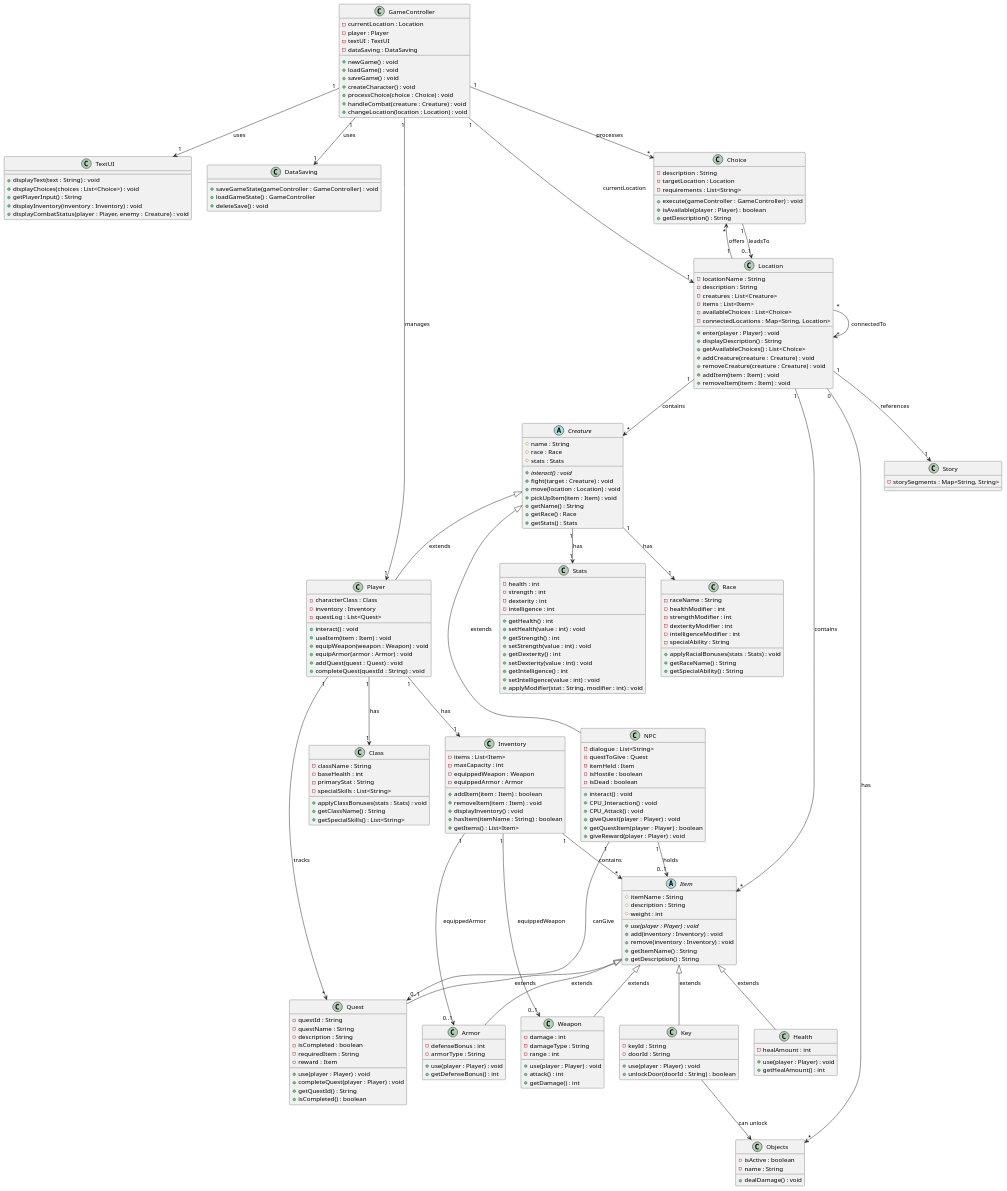
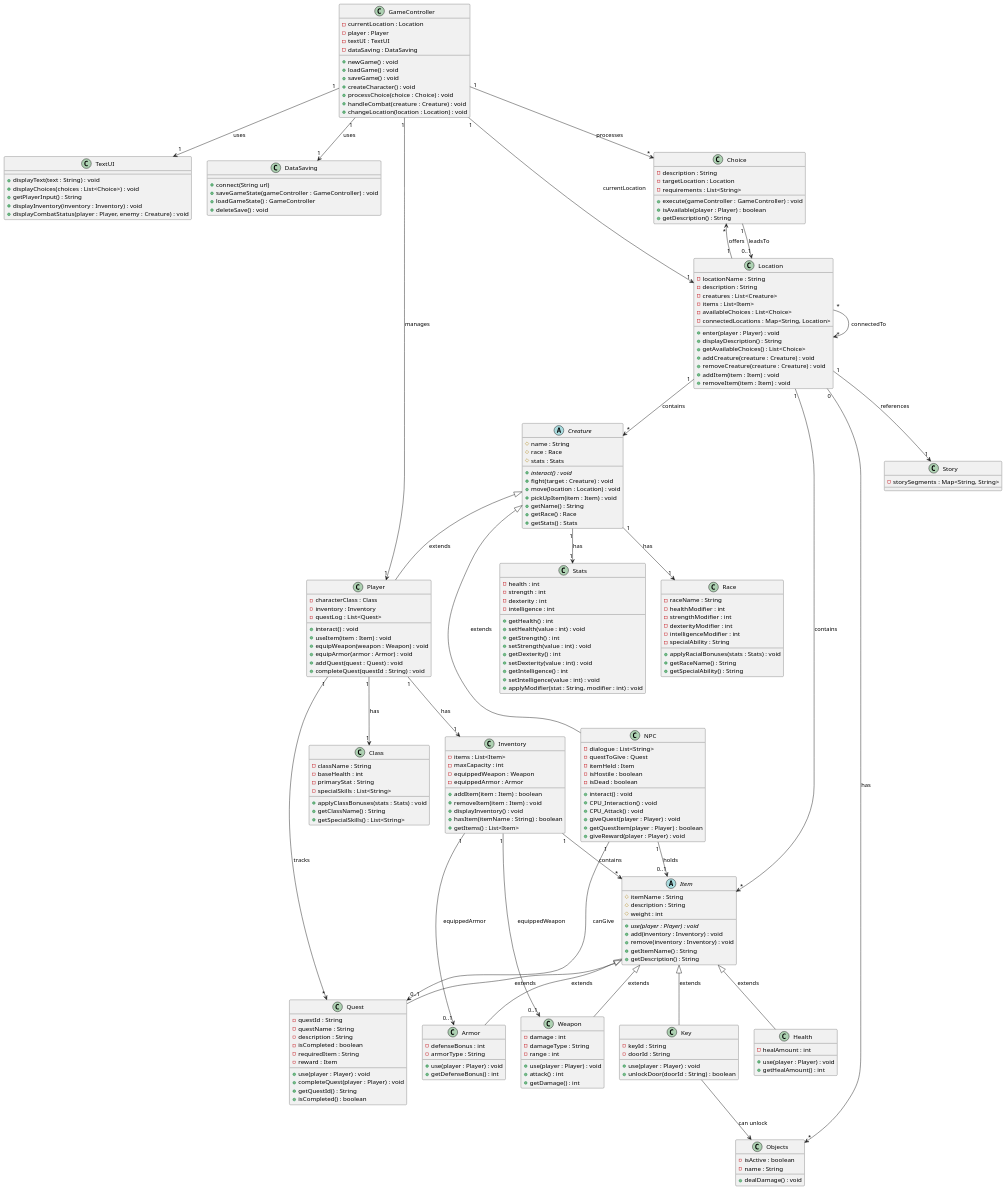
One commit to Eligoon/SP4ICE changed the diagram in doc/ClassDiagram.puml. Above: the diagram before and after it, drawn with PlantUML.

Commit message:
added connect method to connect to database in the datasaving class

```diff
--- a/doc/ClassDiagram.puml
+++ b/doc/ClassDiagram.puml
@@ -26,6 +26,7 @@
 
 'Saving data '
 class DataSaving {
+    + connect(String url)
     + saveGameState(gameController : GameController) : void
     + loadGameState() : GameController
     + deleteSave() : void
```
